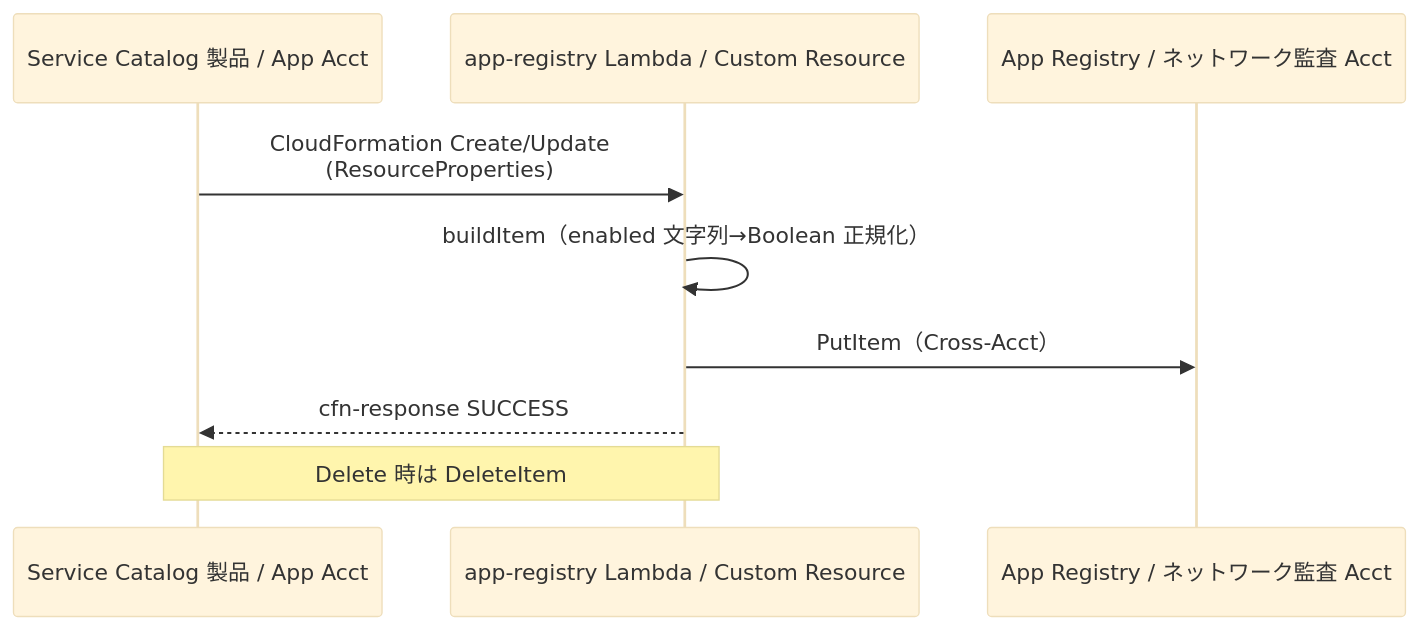
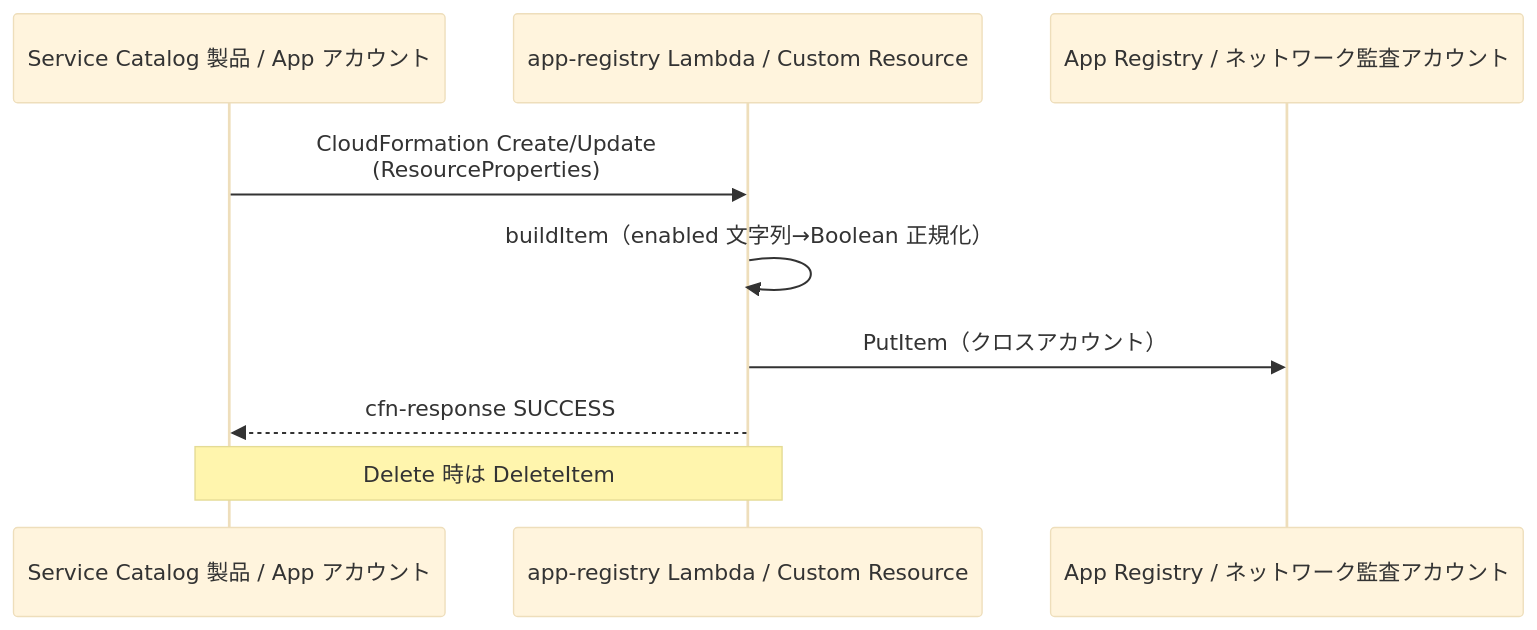
The diagram in doc/api-platform/basic-design/12-app-registry-design.md (suepie/aws-atuh-poc), drawn with Mermaid (base theme) before and after one commit. The commit also changed other lines of this file and 29 other files, not shown here.

````diff
--- a/doc/api-platform/basic-design/12-app-registry-design.md
+++ b/doc/api-platform/basic-design/12-app-registry-design.md
@@ -43,12 +43,12 @@
 ```mermaid
 sequenceDiagram
-    participant SC as Service Catalog 製品 / App Acct
+    participant SC as Service Catalog 製品 / App アカウント
     participant CR as app-registry Lambda / Custom Resource
-    participant DDB as App Registry / ネットワーク監査 Acct
+    participant DDB as App Registry / ネットワーク監査アカウント
 
     SC->>CR: CloudFormation Create/Update<br/>(ResourceProperties)
     CR->>CR: buildItem（enabled 文字列→Boolean 正規化）
-    CR->>DDB: PutItem（Cross-Acct）
+    CR->>DDB: PutItem（クロスアカウント）
     CR-->>SC: cfn-response SUCCESS
     Note over SC,CR: Delete 時は DeleteItem
 ```
````
